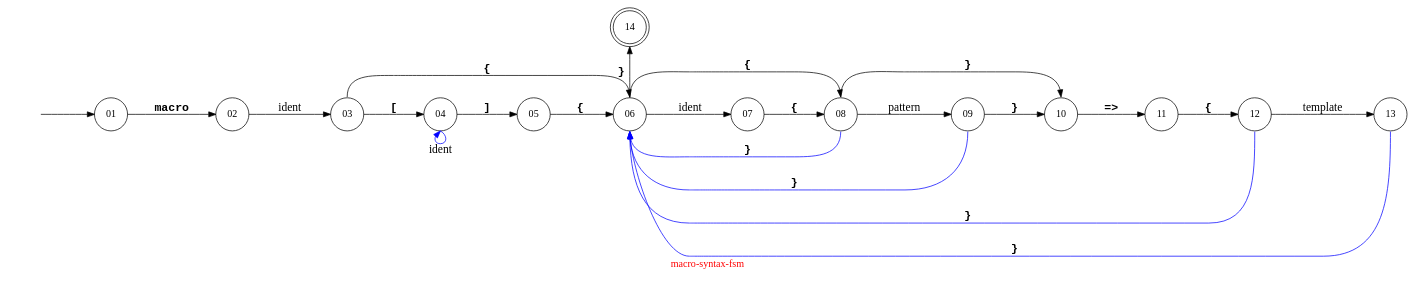
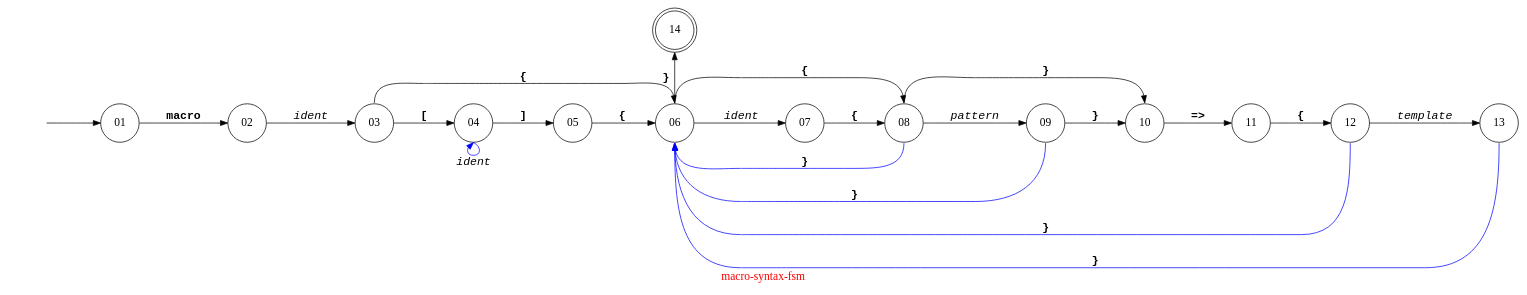
One commit to Ayyzee/dakota changed the diagram in src/macro-system-parser/macro-syntax-fsm.dot. Above: the diagram before and after it, drawn with Graphviz. The commit also changed 3 other files, not shown here.

```diff
--- a/src/macro-system-parser/macro-syntax-fsm.dot
+++ b/src/macro-system-parser/macro-syntax-fsm.dot
@@ -1,77 +1,59 @@
 // Copyright (C) 2007 - 2015 Robert Nielsen <robert@dakota.org>
 //
 // Licensed under the Apache License, Version 2.0 (the "License");
 // you may not use this file except in compliance with the License.
 // You may obtain a copy of the License at
 //
 //      http://www.apache.org/licenses/LICENSE-2.0
 //
 // Unless required by applicable law or agreed to in writing, software
 // distributed under the License is distributed on an "AS IS" BASIS,
 // WITHOUT WARRANTIES OR CONDITIONS OF ANY KIND, either express or implied.
 // See the License for the specific language governing permissions and
 // limitations under the License.
 
 digraph "macro-syntax-fsm"
 {
-  graph [ label = "\G", fontcolor = red ];
+  graph [ label = "\G", fontcolor = red, fontsize = 16 ];
   graph [ rankdir = "LR",
           center = true,
-          //ratio = compress,
           //size = "7.5,10",
-          //concentrate = true,
+          //page = "8.5,11",
           ];
 
-  //node [ shape = circle, label = "", width = 0.25 ];
-  // OR
-  node [ shape = circle ];
+  node [ shape = circle, width = 0.5, fontsize = 16 ];
+  //node [ label = "" ]; // comment out this line if you want the node names displayed
 
-  edge [ fontname = "courier-bold", minlen = 2, fontsize = 16 ];
+  edge [ fontname = "Courier-Bold", minlen = 2, fontsize = 16 ];
 
   00 [ style = invis ];
   14 [ shape = doublecircle ];
 
   00 -> 01;
   01 -> 02 [ label = "macro" ];
-  02 -> 03 [ label = "ident", fontname = "courier-italic" ];
+  02 -> 03 [ label = "ident", fontname = "Courier-Oblique" ];
   03 -> 04 [ label = "[", weight = 5.0 ];
   03 -> 06 [ label = "{", tailport = n, headport = n ];
-  04 -> 04 [ label = "ident", fontname = "courier-italic" tailport = s, headport = s, dir = back, color = blue ];
+  04 -> 04 [ label = "ident", fontname = "Courier-Oblique" tailport = s, headport = s, dir = back, color = blue ];
   04 -> 05 [ label = "]", weight = 5.0 ];
   05 -> 06 [ label = "{", weight = 5.0 ];
 
-  06 -> 07 [ label = "ident", weight = 5.0, fontname = "courier-italic" ];
+  06 -> 07 [ label = "ident", weight = 5.0, fontname = "Courier-Oblique" ];
   06 -> 08 [ label = "{", tailport = n, headport = n ];
   07 -> 08 [ label = "{", weight = 5.0 ];
   08 -> 06 [ label = "}", weight = 1.0, headport = s, tailport = s, color = blue ]; // back
   
-  08 -> 09 [ label = "pattern", weight = 5.0, fontname = "courier-italic" ];
+  08 -> 09 [ label = "pattern", weight = 5.0, fontname = "Courier-Oblique" ];
   08 -> 10 [ label = "}", tailport = n, headport = n ];
   09 -> 06 [ label = "}", weight = 1.0, headport = s, tailport = s, color = blue ]; // back
 
   09 -> 10 [ label = "}", weight = 5.0 ];
   10 -> 11 [ label = "=>", weight = 5.0 ];
   11 -> 12 [ label = "{", weight = 5.0 ];
-  12 -> 13 [ label = "template", weight = 5.0, fontname = "courier-italic" ];
+  12 -> 13 [ label = "template", weight = 5.0, fontname = "Courier-Oblique" ];
   12 -> 06 [ label = "}", weight = 1.0, headport = s, tailport = s, color = blue ]; // back
   13 -> 06 [ label = "}", weight = 1.0, headport = s, tailport = s, color = blue ]; // back
 
   14 -> 06 [ label = "}", dir = back ]; //tailport = n, headport = s ]; // instead of dir = back
   subgraph { graph [ rank = same ]; 06; 14; }
 }
-// auxiliary pattern-set(s)  (macro m { p1 {}       {}       p2 {}       {}       ... })
-// main      pattern-set     (macro m {    {}       {}          {}       {}           })
-// auxiliary rule-set(s)     (macro m { r1 {} => {} {} => {} r2 {} => {} {} => {} ... })
-// main      rule-set        (macro m {    {} => {} {} => {}    {} => {} {} => {}     })
-
-// one and only one main rule-set or main pattern-set (either serves as the macro entry point)
-
-// a pattern-set is the same as a rule-set where the template simply echos the pattern
-
-// macro m              { klass-or-trait { klass }              { trait }          ... }
-// macro klass-or-trait {                { klass }              { trait }              }
-// macro klass-or-trait {                { klass } => { klass } { trait } => { trait } }
-
-// use ?klass-or-trait
-// or
-// use ?/(klass|trait)/
```
